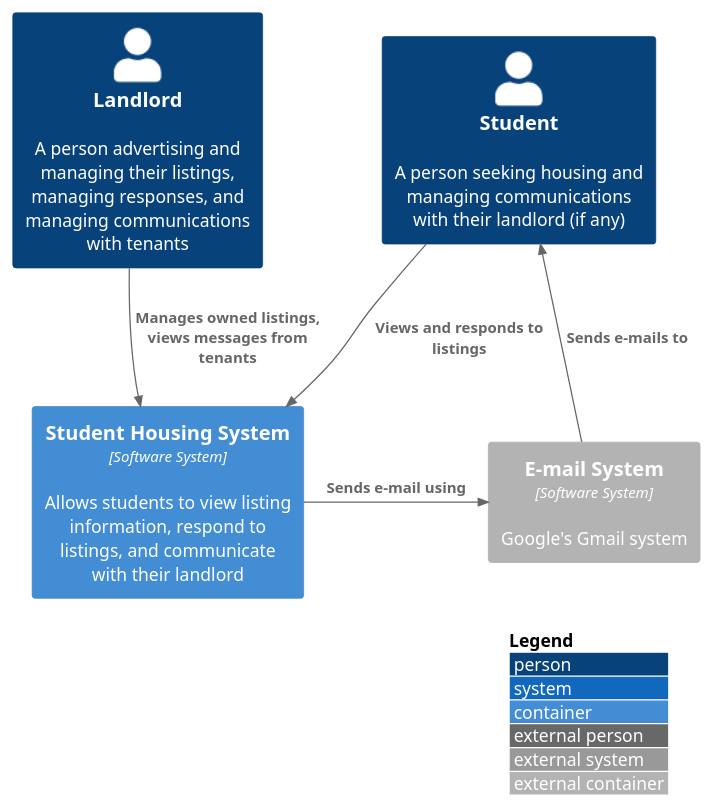
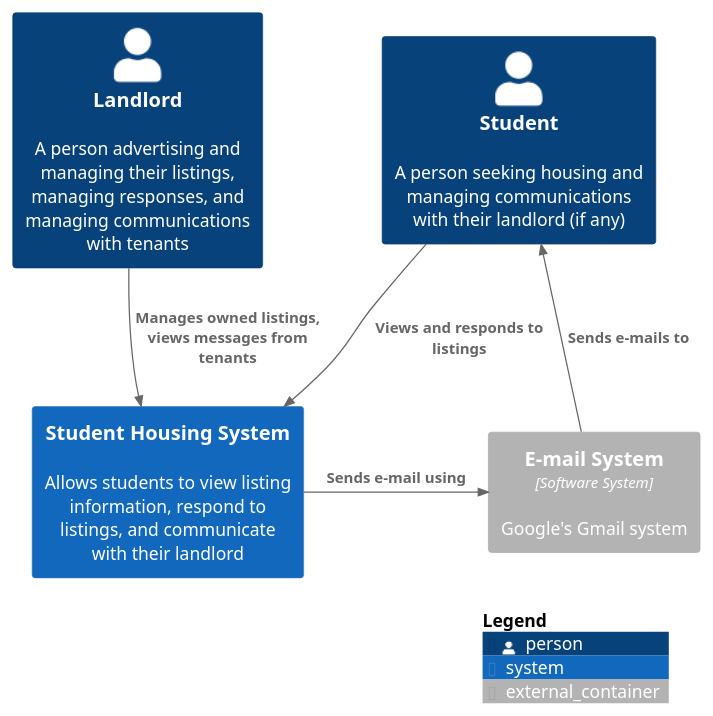
One commit to lex-kort/s3-roomies-backend changed the diagram in docs/uml-diagrams/c1-diagram.puml. Above: the diagram before and after it, drawn with PlantUML. The commit also changed 2 other files, not shown here.

Commit message:
Update C4 diagrams

```diff
--- a/docs/uml-diagrams/c1-diagram.puml
+++ b/docs/uml-diagrams/c1-diagram.puml
@@ -1,19 +1,17 @@
 @startuml "C1 Diagram"
 !include https://raw.githubusercontent.com/plantuml-stdlib/C4-PlantUML/master/C4_Container.puml
-
-LAYOUT_WITH_LEGEND()
-
-AddRelTag("dashedLine", $lineStyle=DashedLine())
 
 Person(student, "Student", "A person seeking housing and managing communications with their landlord (if any)")
 Person(landlord, "Landlord", "A person advertising and managing their listings, managing responses, and managing communications with tenants")
 
-Container(web_app, "Student Housing System", "Software System", "Allows students to view listing information, respond to listings, and communicate with their landlord")
+System(web_app, "Student Housing System", "Allows students to view listing information, respond to listings, and communicate with their landlord")
 Container_Ext(mail_serv, "E-mail System", "Software System", "Google's Gmail system")
 
 Rel(student, web_app, "Views and responds to listings")
 Rel(landlord, web_app, "Manages owned listings, views messages from tenants")
 
 Rel_R(web_app, mail_serv, "Sends e-mail using")
 Rel_U(mail_serv, student, "Sends e-mails to")
+
+SHOW_LEGEND()
 @enduml
```
